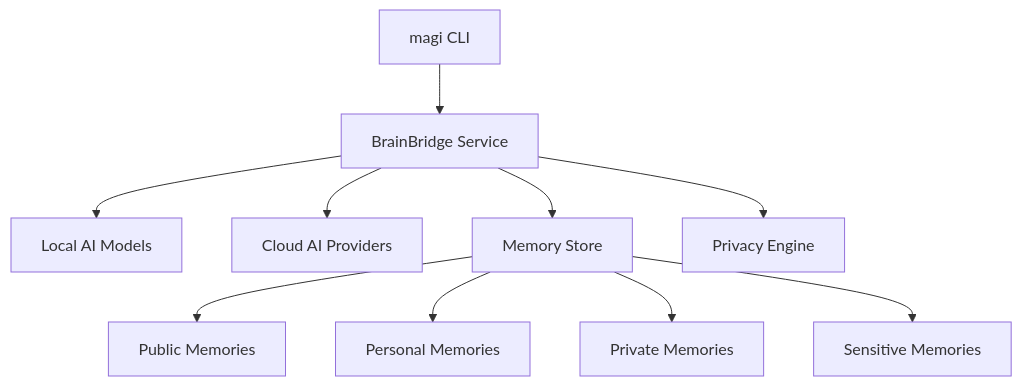
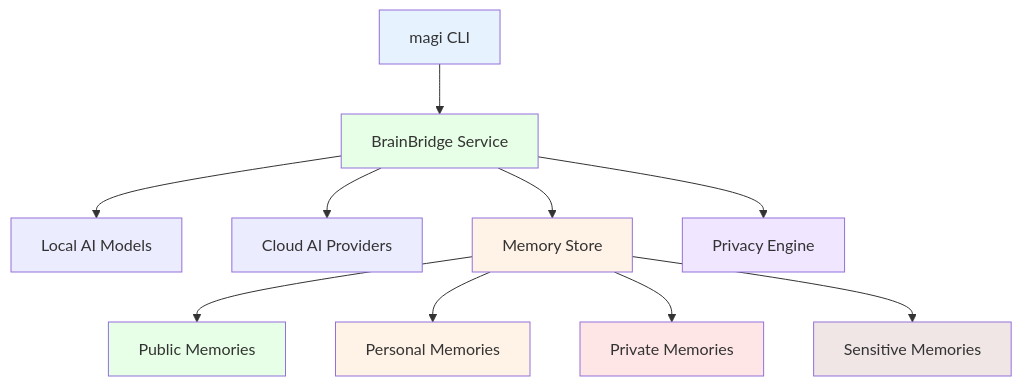
The first of 2 diagrams in README.md (dossant-llc/magi), drawn with Mermaid before and after one commit. The commit also changed other lines of this file and 16 other files, not shown here.

````diff
--- a/README.md
+++ b/README.md
@@ -43,13 +43,22 @@
 ```mermaid
 graph TB
     A[magi CLI] --> B[BrainBridge Service]
     B --> C[Local AI Models]
     B --> D[Cloud AI Providers]
     B --> E[Memory Store]
     B --> F[Privacy Engine]
     
     E --> G[Public Memories]
     E --> H[Personal Memories]  
     E --> I[Private Memories]
     E --> J[Sensitive Memories]
+    
+    style A fill:#e6f3ff
+    style B fill:#e6ffe6
+    style E fill:#fff2e6
+    style F fill:#f0e6ff
+    style G fill:#e6ffe6
+    style H fill:#fff2e6
+    style I fill:#ffe6e6
+    style J fill:#f0e6e6
 ```
````
